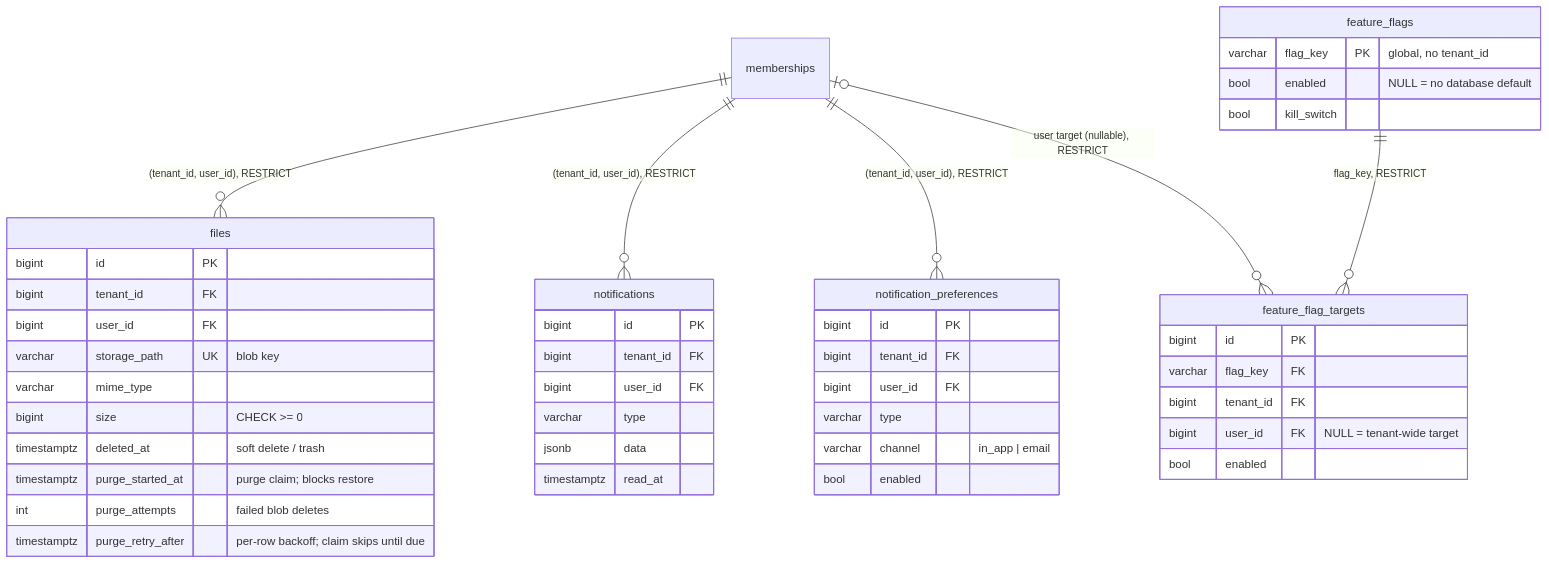
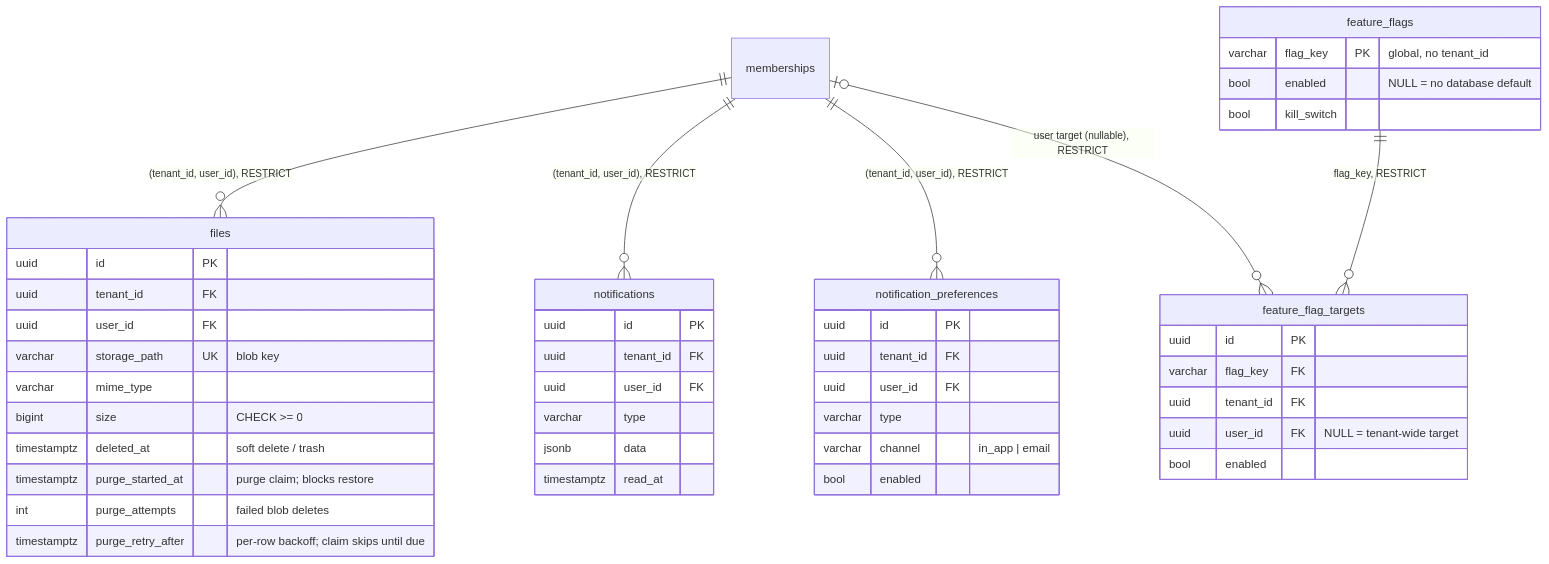
Before and after one commit to chuanghiduoc/fiber-golang-boilerplate: the second of 4 diagrams in docs/data-model.md, drawn with Mermaid. The commit also changed other lines of this file and 911 other files, not shown here.

````diff
--- a/docs/data-model.md
+++ b/docs/data-model.md
@@ -416,49 +451,49 @@
 ```mermaid
 erDiagram
     memberships ||--o{ files : "(tenant_id, user_id), RESTRICT"
     memberships ||--o{ notifications : "(tenant_id, user_id), RESTRICT"
     memberships ||--o{ notification_preferences : "(tenant_id, user_id), RESTRICT"
     feature_flags ||--o{ feature_flag_targets : "flag_key, RESTRICT"
     memberships |o--o{ feature_flag_targets : "user target (nullable), RESTRICT"
 
     files {
-        bigint id PK
-        bigint tenant_id FK
-        bigint user_id FK
+        uuid id PK
+        uuid tenant_id FK
+        uuid user_id FK
         varchar storage_path UK "blob key"
         varchar mime_type
         bigint size "CHECK >= 0"
         timestamptz deleted_at "soft delete / trash"
         timestamptz purge_started_at "purge claim; blocks restore"
         int purge_attempts "failed blob deletes"
         timestamptz purge_retry_after "per-row backoff; claim skips until due"
     }
     notifications {
-        bigint id PK
-        bigint tenant_id FK
-        bigint user_id FK
+        uuid id PK
+        uuid tenant_id FK
+        uuid user_id FK
         varchar type
         jsonb data
         timestamptz read_at
     }
     notification_preferences {
-        bigint id PK
-        bigint tenant_id FK
-        bigint user_id FK
+        uuid id PK
+        uuid tenant_id FK
+        uuid user_id FK
         varchar type
         varchar channel "in_app | email"
         bool enabled
     }
     feature_flags {
         varchar flag_key PK "global, no tenant_id"
         bool enabled "NULL = no database default"
         bool kill_switch
     }
     feature_flag_targets {
-        bigint id PK
+        uuid id PK
         varchar flag_key FK
-        bigint tenant_id FK
-        bigint user_id FK "NULL = tenant-wide target"
+        uuid tenant_id FK
+        uuid user_id FK "NULL = tenant-wide target"
         bool enabled
     }
 ```
````
